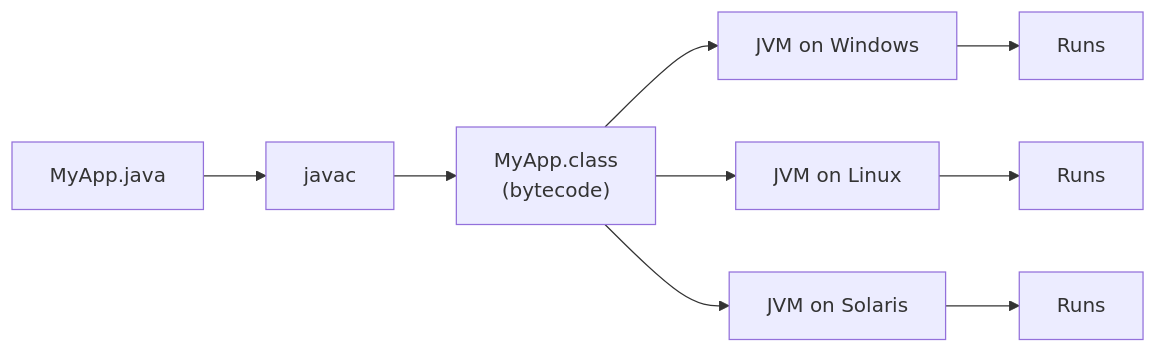
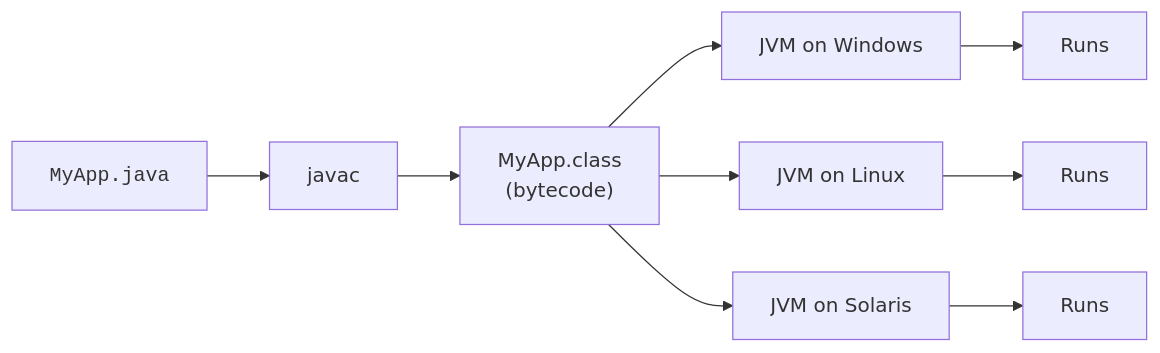
Before and after one commit to dataslope/dataslope: the third of 4 diagrams in content/learn/intro-modern-csharp/java-and-managed-runtimes.mdx, drawn with Mermaid. The commit also changed 153 other files, not shown here.

First line of the commit message:
Render code-only mermaid shapes in monospace; convert step sequences to Steps

````diff
--- a/content/learn/intro-modern-csharp/java-and-managed-runtimes.mdx
+++ b/content/learn/intro-modern-csharp/java-and-managed-runtimes.mdx
@@ -99,10 +99,10 @@
 ```mermaid
 flowchart LR
-    S["MyApp.java"] --> C["javac"] --> B["MyApp.class<br/>(bytecode)"]
+    S["<code>MyApp.java</code>"] --> C["javac"] --> B["MyApp.class<br/>(bytecode)"]
     B --> JVMW["JVM on Windows"]
     B --> JVML["JVM on Linux"]
     B --> JVMS["JVM on Solaris"]
     JVMW --> R1[Runs]
     JVML --> R2[Runs]
     JVMS --> R3[Runs]
 ```
````
